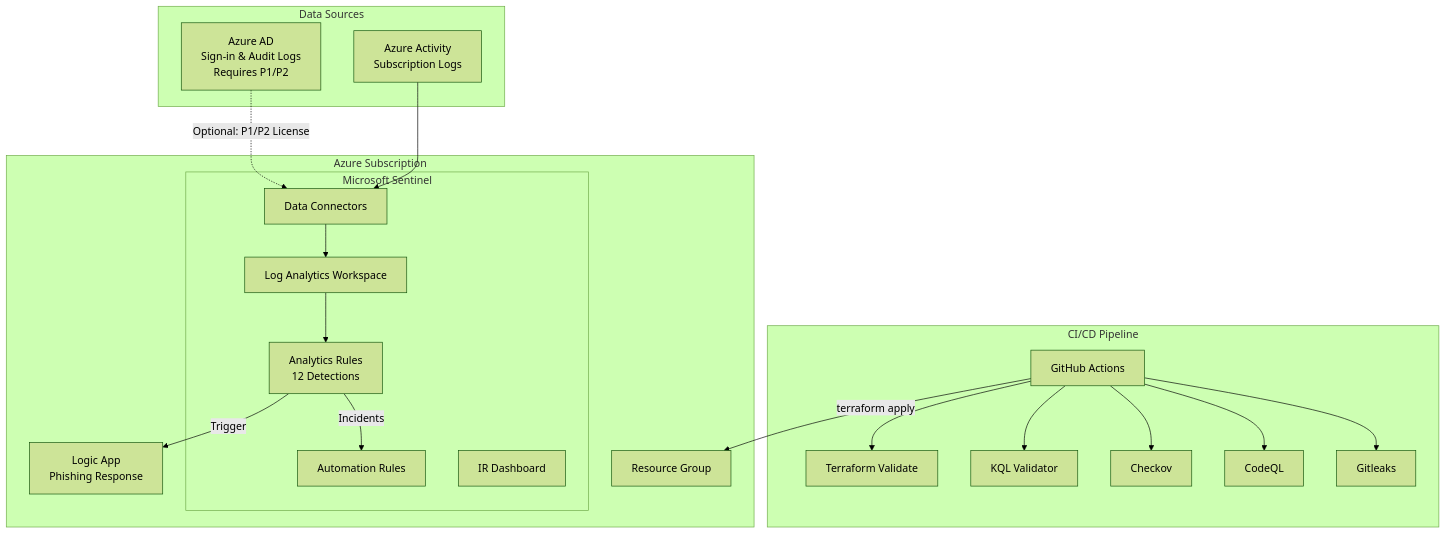
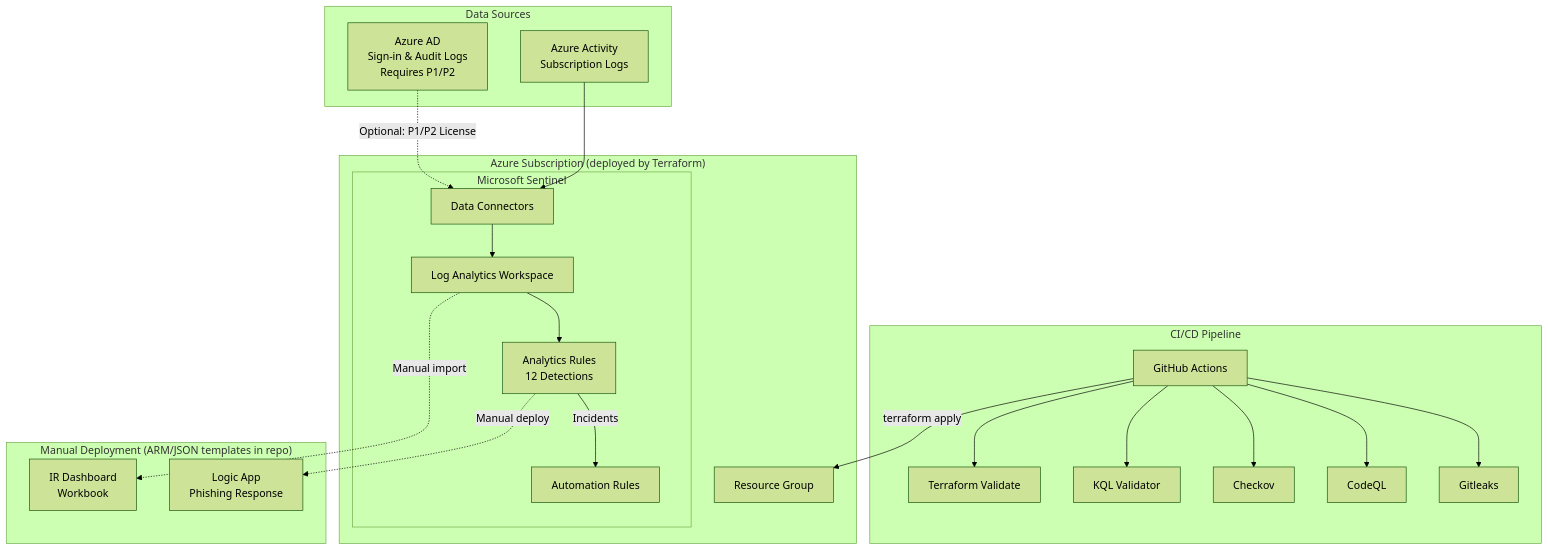
One commit to n1ops/sentinel-detection-lab changed the diagram in README.md. Above: the diagram before and after it, drawn with Mermaid (forest theme). The commit also changed other lines of this file, not shown here.

First line of the commit message:
Clarify what terraform deploys vs manual steps

````diff
--- a/README.md
+++ b/README.md
@@ -7,35 +7,39 @@
 ```mermaid
 graph TB
     subgraph "CI/CD Pipeline"
         GH[GitHub Actions] --> GL[Gitleaks]
         GH --> CQ[CodeQL]
         GH --> CK[Checkov]
         GH --> VK[KQL Validator]
         GH --> TV[Terraform Validate]
     end
 
-    subgraph "Azure Subscription"
+    subgraph "Azure Subscription (deployed by Terraform)"
         RG[Resource Group]
         subgraph "Microsoft Sentinel"
             LAW[Log Analytics Workspace]
             DC[Data Connectors]
             AR[Analytics Rules<br/>12 Detections]
             AUTO[Automation Rules]
-            WB[IR Dashboard]
         end
+    end
+
+    subgraph "Manual Deployment (ARM/JSON templates in repo)"
         LA[Logic App<br/>Phishing Response]
+        WB[IR Dashboard<br/>Workbook]
     end
 
     subgraph "Data Sources"
         AAD[Azure AD<br/>Sign-in & Audit Logs<br/>Requires P1/P2]
         AZ[Azure Activity<br/>Subscription Logs]
     end
 
     GH -->|terraform apply| RG
     AAD -.->|Optional: P1/P2 License| DC
     AZ --> DC
     DC --> LAW
     LAW --> AR
     AR -->|Incidents| AUTO
-    AR -->|Trigger| LA
+    AR -.->|Manual deploy| LA
+    LAW -.->|Manual import| WB
 ```
````
